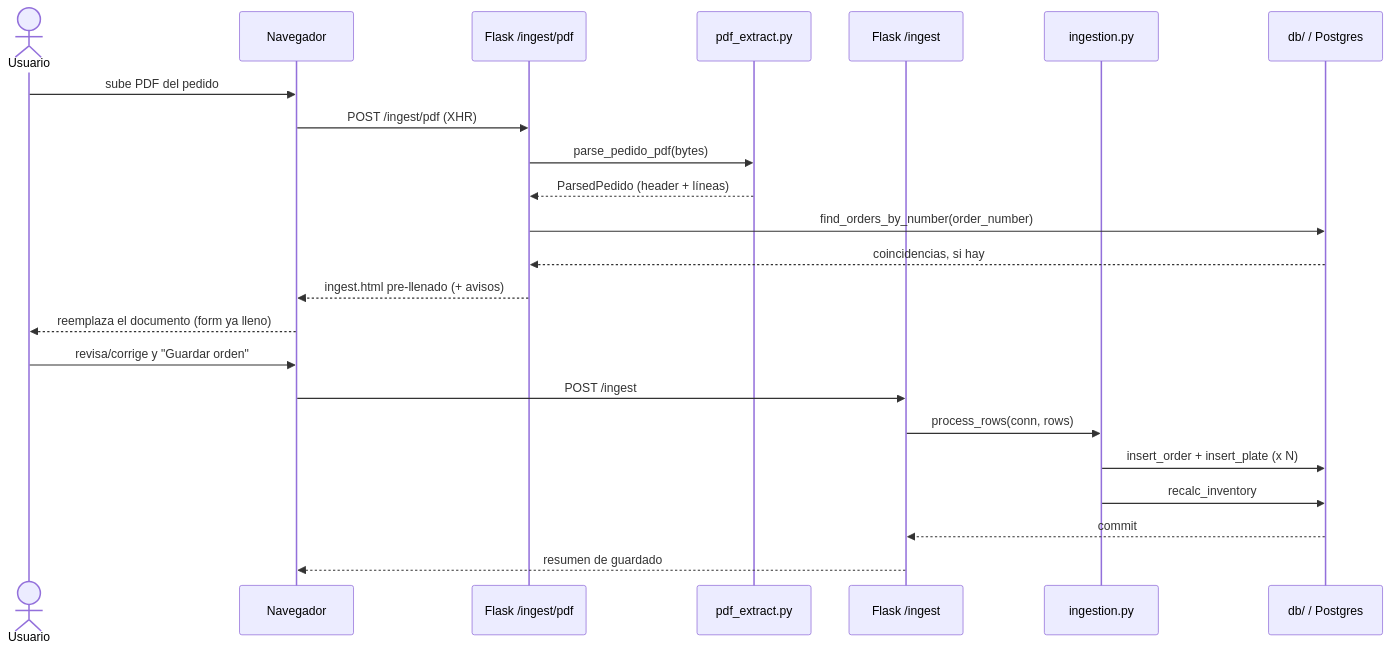
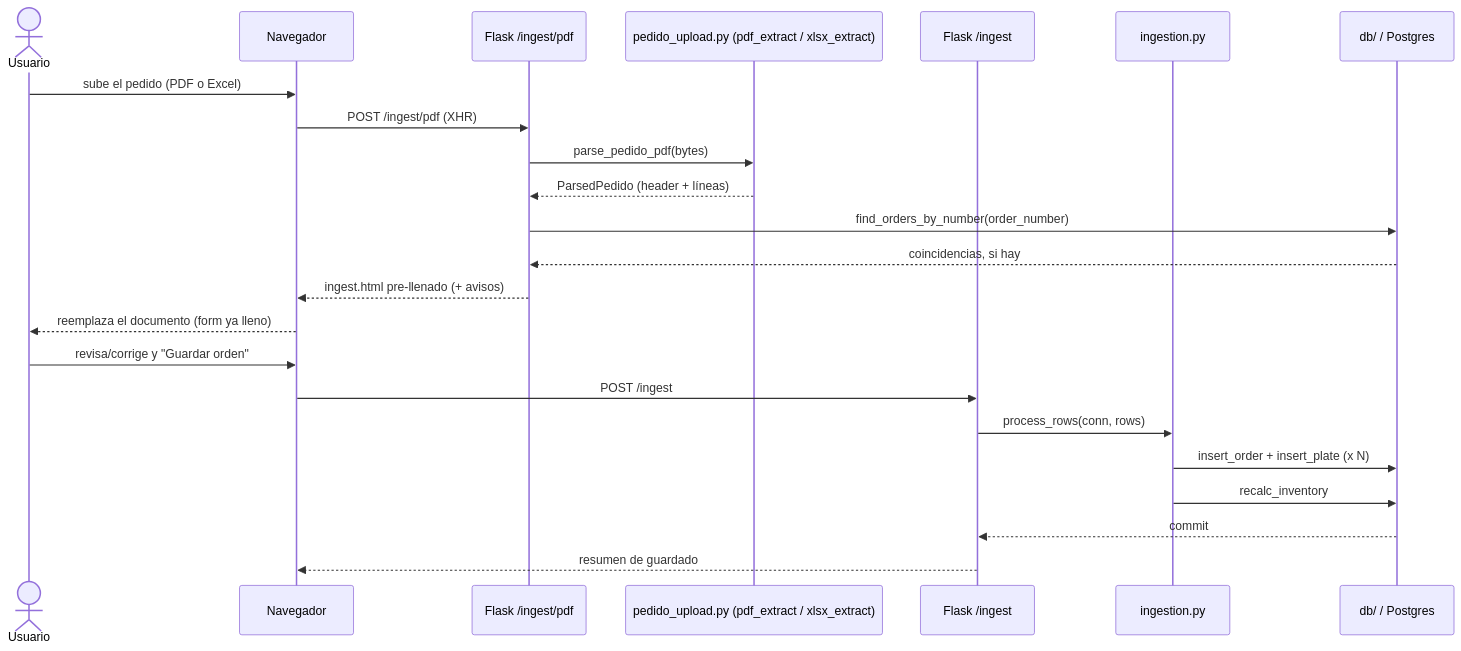
Before and after one commit to nickkmm/plates: the first of 2 diagrams in docs/WEB.md, drawn with Mermaid. The commit also changed other lines of this file and 15 other files, not shown here.

First line of the commit message:
Accept the pedido as an Excel (.xlsx) upload next to the PDF

````diff
--- a/docs/WEB.md
+++ b/docs/WEB.md
@@ -205,26 +205,26 @@
 ```mermaid
 sequenceDiagram
     actor U as Usuario
     participant B as Navegador
     participant W as Flask /ingest/pdf
-    participant PE as pdf_extract.py
+    participant PE as pedido_upload.py (pdf_extract / xlsx_extract)
     participant I as Flask /ingest
     participant I2 as ingestion.py
     participant DB as db/ / Postgres
 
-    U->>B: sube PDF del pedido
+    U->>B: sube el pedido (PDF o Excel)
     B->>W: POST /ingest/pdf (XHR)
     W->>PE: parse_pedido_pdf(bytes)
     PE-->>W: ParsedPedido (header + líneas)
     W->>DB: find_orders_by_number(order_number)
     DB-->>W: coincidencias, si hay
     W-->>B: ingest.html pre-llenado (+ avisos)
     B-->>U: reemplaza el documento (form ya lleno)
     U->>B: revisa/corrige y "Guardar orden"
     B->>I: POST /ingest
     I->>I2: process_rows(conn, rows)
     I2->>DB: insert_order + insert_plate (x N)
     I2->>DB: recalc_inventory
     DB-->>I: commit
     I-->>B: resumen de guardado
 ```
````
